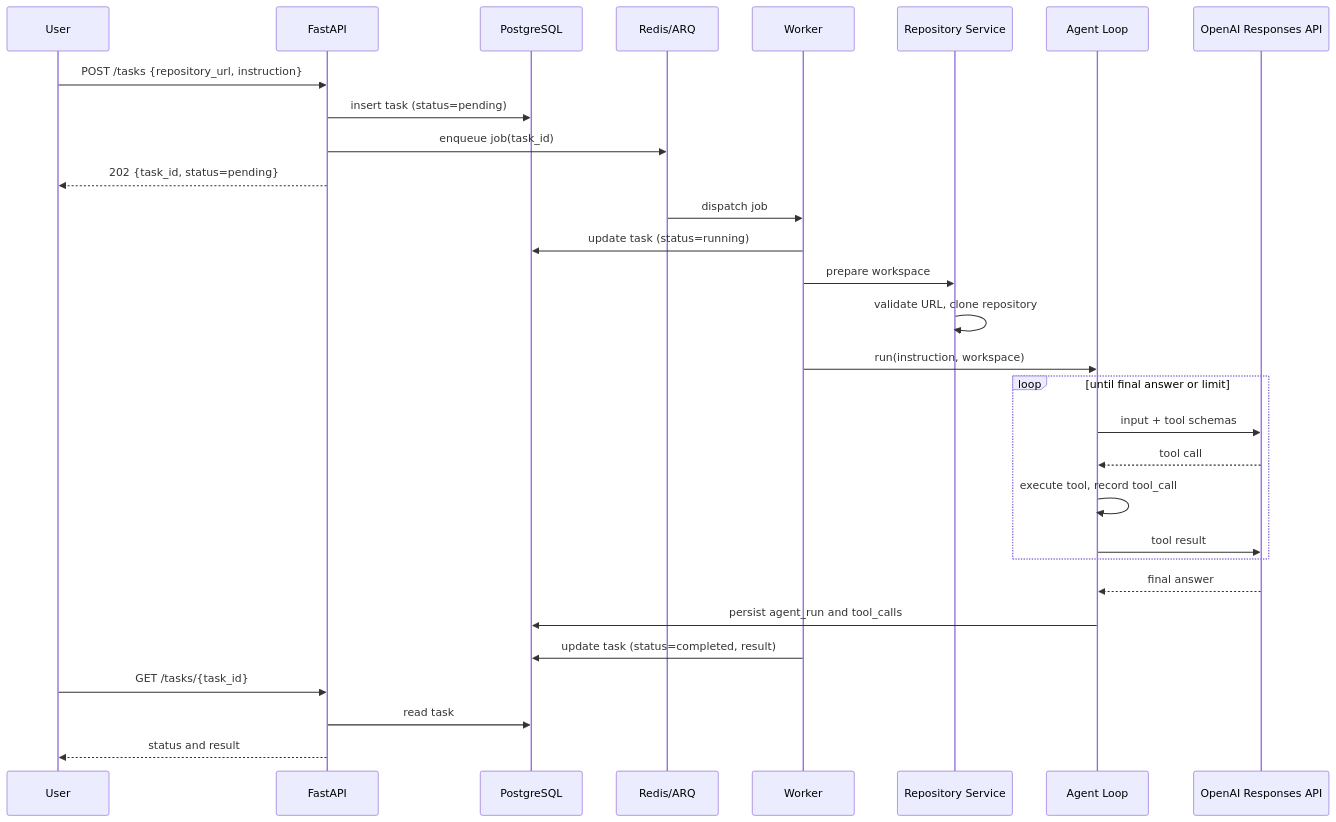
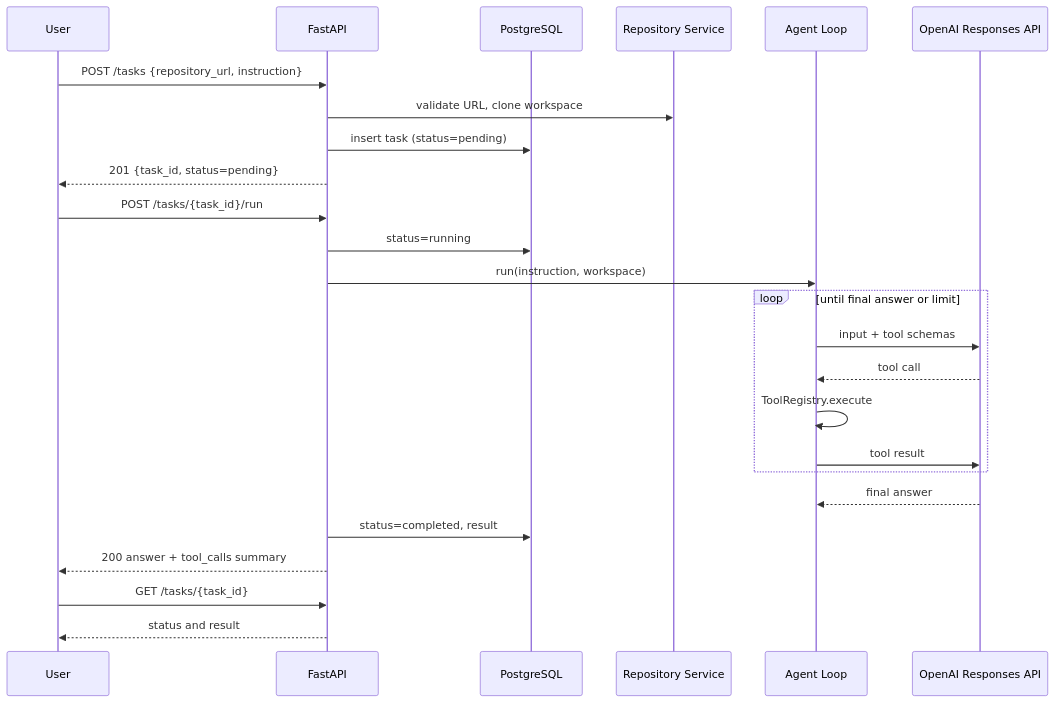
The second of 3 diagrams in docs/architecture.md (eli22443/ai-agent-platform), drawn with Mermaid before and after one commit. The commit also changed other lines of this file and 5 other files, not shown here.

````diff
--- a/docs/architecture.md
+++ b/docs/architecture.md
@@ -114,33 +120,28 @@
 ```mermaid
 sequenceDiagram
     participant User
     participant API as FastAPI
     participant DB as PostgreSQL
-    participant Q as Redis/ARQ
-    participant W as Worker
     participant R as Repository Service
     participant A as Agent Loop
     participant M as OpenAI Responses API
 
     User->>API: POST /tasks {repository_url, instruction}
+    API->>R: validate URL, clone workspace
     API->>DB: insert task (status=pending)
-    API->>Q: enqueue job(task_id)
-    API-->>User: 202 {task_id, status=pending}
-    Q->>W: dispatch job
-    W->>DB: update task (status=running)
-    W->>R: prepare workspace
-    R->>R: validate URL, clone repository
-    W->>A: run(instruction, workspace)
+    API-->>User: 201 {task_id, status=pending}
+    User->>API: POST /tasks/{task_id}/run
+    API->>DB: status=running
+    API->>A: run(instruction, workspace)
     loop until final answer or limit
         A->>M: input + tool schemas
         M-->>A: tool call
-        A->>A: execute tool, record tool_call
+        A->>A: ToolRegistry.execute
         A->>M: tool result
     end
     M-->>A: final answer
-    A->>DB: persist agent_run and tool_calls
-    W->>DB: update task (status=completed, result)
+    API->>DB: status=completed, result
+    API-->>User: 200 answer + tool_calls summary
     User->>API: GET /tasks/{task_id}
-    API->>DB: read task
     API-->>User: status and result
 ```
````
